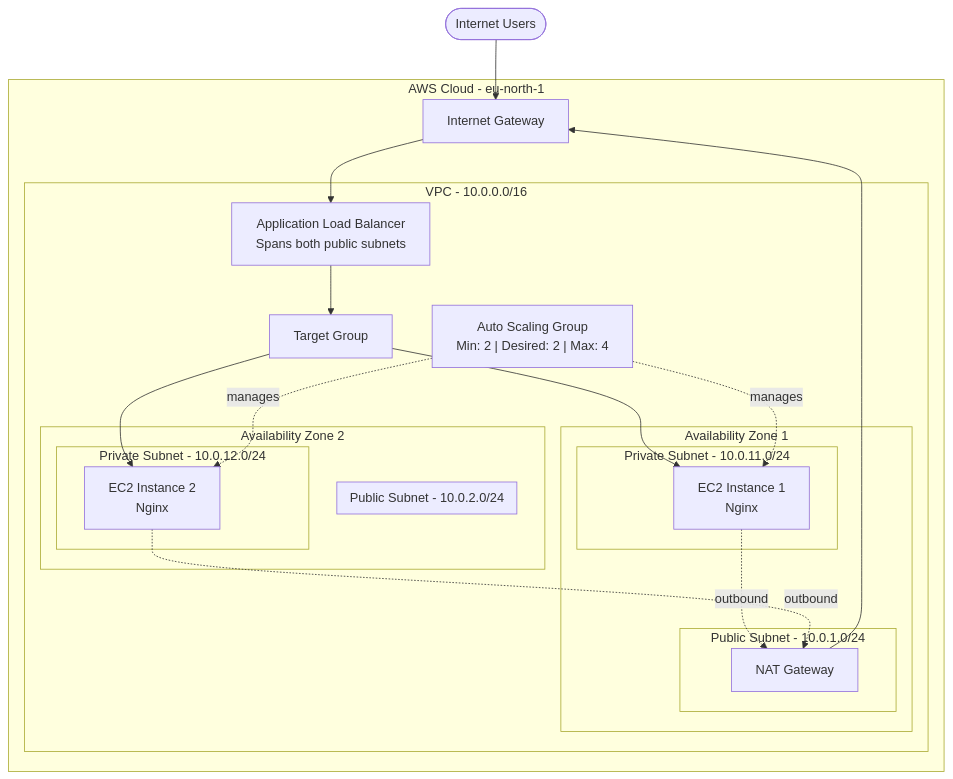
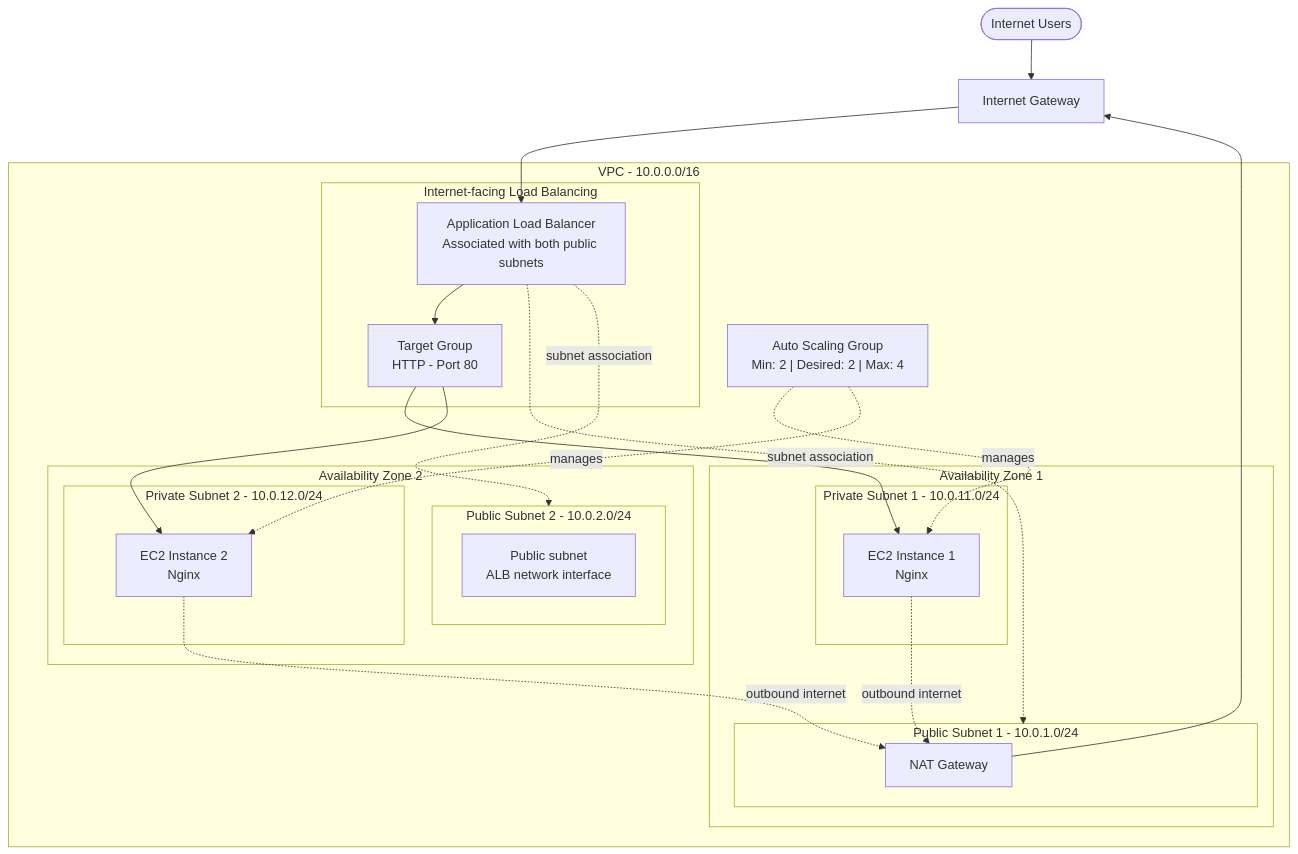
Before and after one commit to Allanur1906/Aws-terraform-infrastructure: the diagram in README.md, drawn with Mermaid.

````diff
--- a/README.md
+++ b/README.md
@@ -16,47 +16,52 @@
 ```mermaid
 flowchart TB
     USER(["Internet Users"])
+    IGW["Internet Gateway"]
 
-    subgraph AWS["AWS Cloud - eu-north-1"]
-        IGW["Internet Gateway"]
+    subgraph VPC["VPC - 10.0.0.0/16"]
 
-        subgraph VPC["VPC - 10.0.0.0/16"]
+        subgraph ALB_LAYER["Internet-facing Load Balancing"]
+            ALB["Application Load Balancer<br/>Associated with both public subnets"]
+            TG["Target Group<br/>HTTP - Port 80"]
+            ALB --> TG
+        end
 
-            subgraph AZ1["Availability Zone 1"]
-                subgraph PUB1["Public Subnet - 10.0.1.0/24"]
-                    NAT["NAT Gateway"]
-                end
-
-                subgraph PRIV1["Private Subnet - 10.0.11.0/24"]
-                    EC2A["EC2 Instance 1<br/>Nginx"]
-                end
+        subgraph AZ1["Availability Zone 1"]
+            subgraph PUB1["Public Subnet 1 - 10.0.1.0/24"]
+                NAT["NAT Gateway"]
             end
 
-            subgraph AZ2["Availability Zone 2"]
-                subgraph PUB2["Public Subnet - 10.0.2.0/24"]
-                end
+            subgraph PRIV1["Private Subnet 1 - 10.0.11.0/24"]
+                EC2A["EC2 Instance 1<br/>Nginx"]
+            end
+        end
 
-                subgraph PRIV2["Private Subnet - 10.0.12.0/24"]
-                    EC2B["EC2 Instance 2<br/>Nginx"]
-                end
+        subgraph AZ2["Availability Zone 2"]
+            subgraph PUB2["Public Subnet 2 - 10.0.2.0/24"]
+                PUB2_INFO["Public subnet<br/>ALB network interface"]
             end
 
-            ALB["Application Load Balancer<br/>Spans both public subnets"]
-            TG["Target Group"]
-            ASG["Auto Scaling Group<br/>Min: 2 | Desired: 2 | Max: 4"]
+            subgraph PRIV2["Private Subnet 2 - 10.0.12.0/24"]
+                EC2B["EC2 Instance 2<br/>Nginx"]
+            end
         end
+
+        ASG["Auto Scaling Group<br/>Min: 2 | Desired: 2 | Max: 4"]
     end
 
     USER --> IGW
     IGW --> ALB
-    ALB --> TG
+
     TG --> EC2A
     TG --> EC2B
+
+    ALB -. subnet association .-> PUB1
+    ALB -. subnet association .-> PUB2
 
     ASG -. manages .-> EC2A
     ASG -. manages .-> EC2B
 
-    EC2A -. outbound .-> NAT
-    EC2B -. outbound .-> NAT
+    EC2A -. outbound internet .-> NAT
+    EC2B -. outbound internet .-> NAT
     NAT --> IGW
 ```
````
